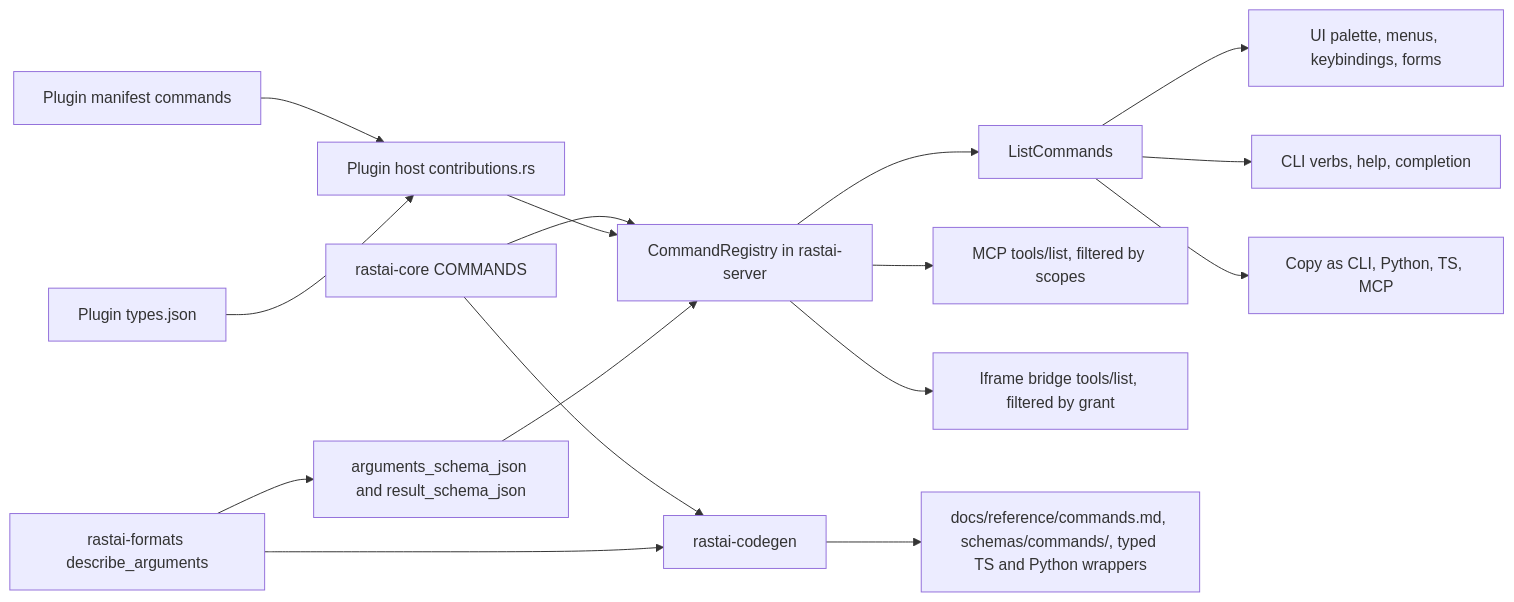
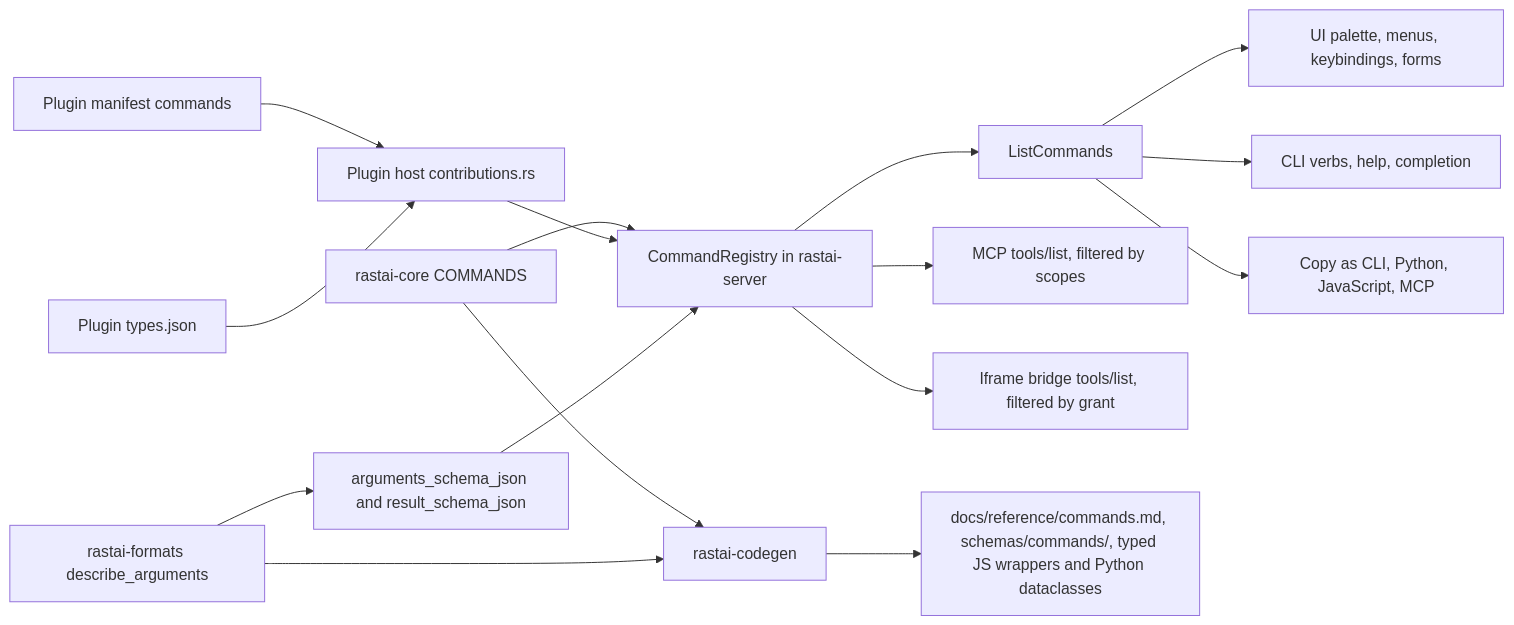
The second of 7 diagrams in docs/architecture/layout/rust-control-plane.md (Snubiss/RASTAI-Research-Studio), drawn with Mermaid before and after one commit. The commit also changed other lines of this file and 44 other files, not shown here.

````diff
--- a/docs/architecture/layout/rust-control-plane.md
+++ b/docs/architecture/layout/rust-control-plane.md
@@ -2342,18 +2689,18 @@
 ```mermaid
 flowchart LR
   TABLE["rastai-core COMMANDS"] --> REG["CommandRegistry in rastai-server"]
   FMT["rastai-formats describe_arguments"] --> SCHEMA["arguments_schema_json and result_schema_json"]
   MAN["Plugin manifest commands"] --> PH["Plugin host contributions.rs"]
   TYPES["Plugin types.json"] --> PH
   PH --> REG
   SCHEMA --> REG
   REG --> LIST["ListCommands"]
   REG --> TOOLS["MCP tools/list, filtered by scopes"]
   REG --> BRIDGE["Iframe bridge tools/list, filtered by grant"]
   LIST --> UI["UI palette, menus, keybindings, forms"]
   LIST --> CLI["CLI verbs, help, completion"]
-  LIST --> COPY["Copy as CLI, Python, TS, MCP"]
+  LIST --> COPY["Copy as CLI, Python, JavaScript, MCP"]
   TABLE --> CG["rastai-codegen"]
   FMT --> CG
-  CG --> DOCS["docs/reference/commands.md, schemas/commands/, typed TS and Python wrappers"]
+  CG --> DOCS["docs/reference/commands.md, schemas/commands/, typed JS wrappers and Python dataclasses"]
 ```
````
